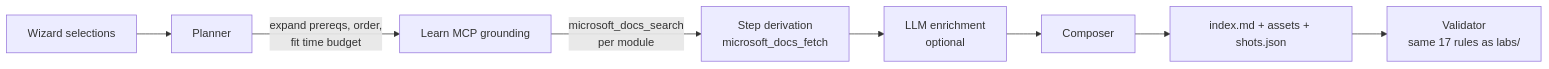
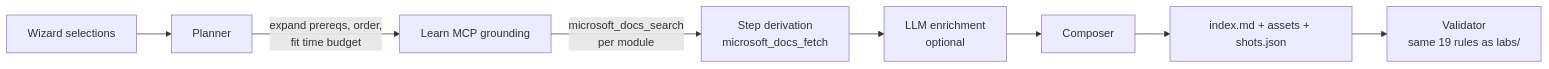
The diagram in docs/lab-builder.md (russrimm/CopilotStudioLabs), drawn with Mermaid before and after one commit. The commit also changed other lines of this file and 6 other files, not shown here.

````diff
--- a/docs/lab-builder.md
+++ b/docs/lab-builder.md
@@ -145,10 +147,10 @@
 ```mermaid
 flowchart LR
   A[Wizard selections] --> B[Planner]
   B -->|expand prereqs, order,<br/>fit time budget| C[Learn MCP grounding]
   C -->|microsoft_docs_search<br/>per module| S[Step derivation<br/>microsoft_docs_fetch]
   S --> D[LLM enrichment<br/>optional]
   D --> E[Composer]
   E --> F[index.md + assets + shots.json]
-  F --> G[Validator<br/>same 17 rules as labs/]
+  F --> G[Validator<br/>same 19 rules as labs/]
 ```
````
